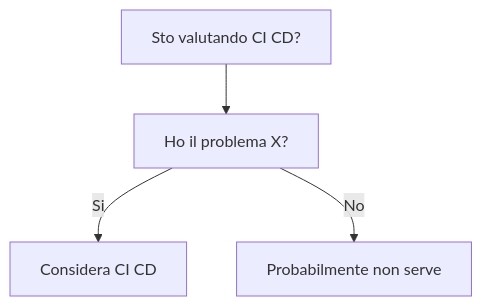
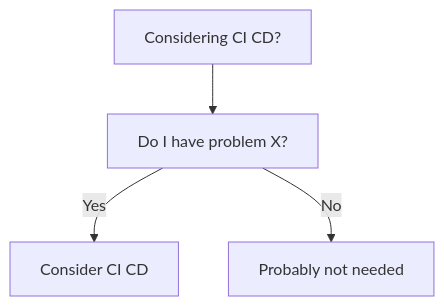
The diagram in dev-wiki/10_DevOps/CI_CD/When_To_Use.md (HxT9/Software-Dev-Wiki), drawn with Mermaid before and after one commit. The commit also changed other lines of this file and 3444 other files, not shown here.

````diff
--- a/dev-wiki/10_DevOps/CI_CD/When_To_Use.md
+++ b/dev-wiki/10_DevOps/CI_CD/When_To_Use.md
@@ -19,6 +19,6 @@
 ```mermaid
 flowchart TD
-  Q[Sto valutando CI CD?] --> Q1[Ho il problema X?]
-  Q1 -->|Si| OK[Considera CI CD]
-  Q1 -->|No| NO[Probabilmente non serve]
+  Q[Considering CI CD?] --> Q1[Do I have problem X?]
+  Q1 -->|Yes| OK[Consider CI CD]
+  Q1 -->|No| NO[Probably not needed]
 ```
````
